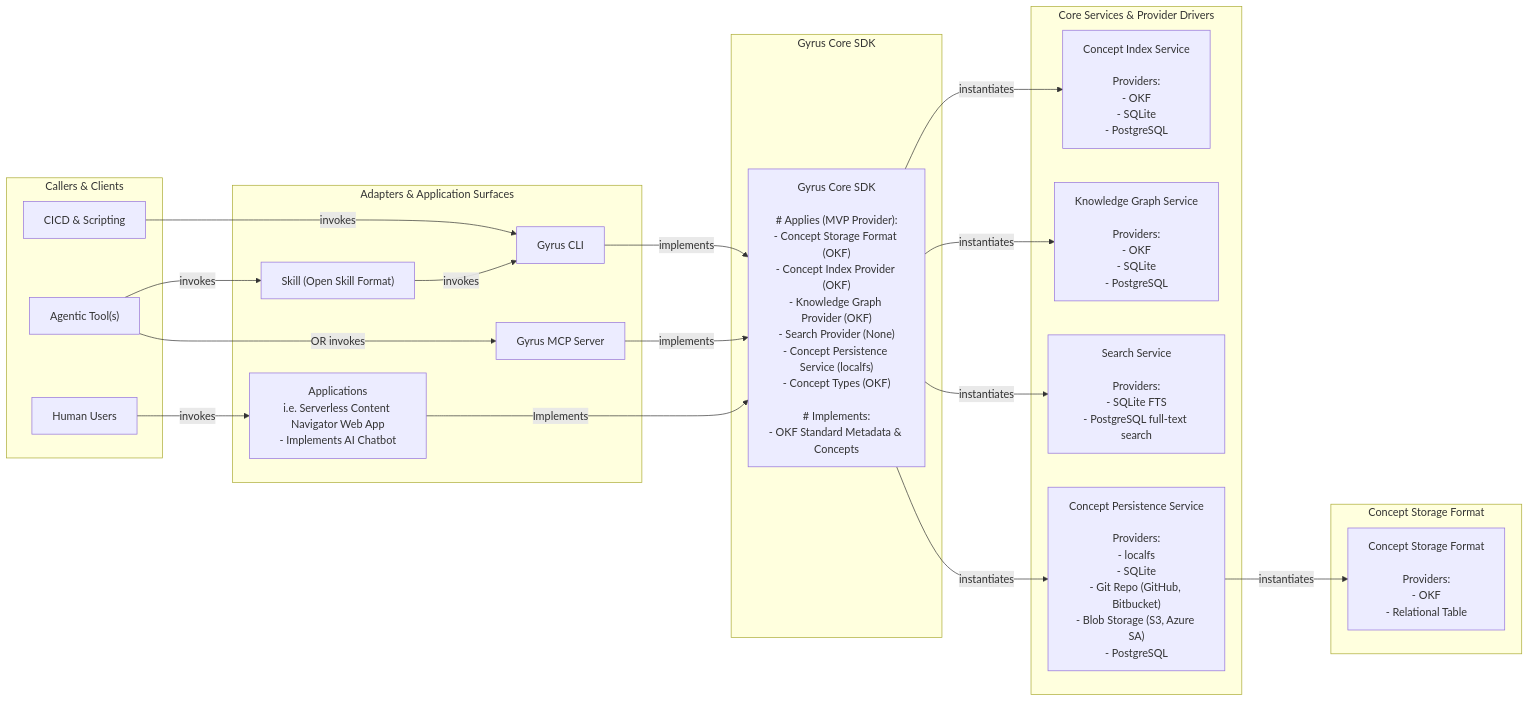
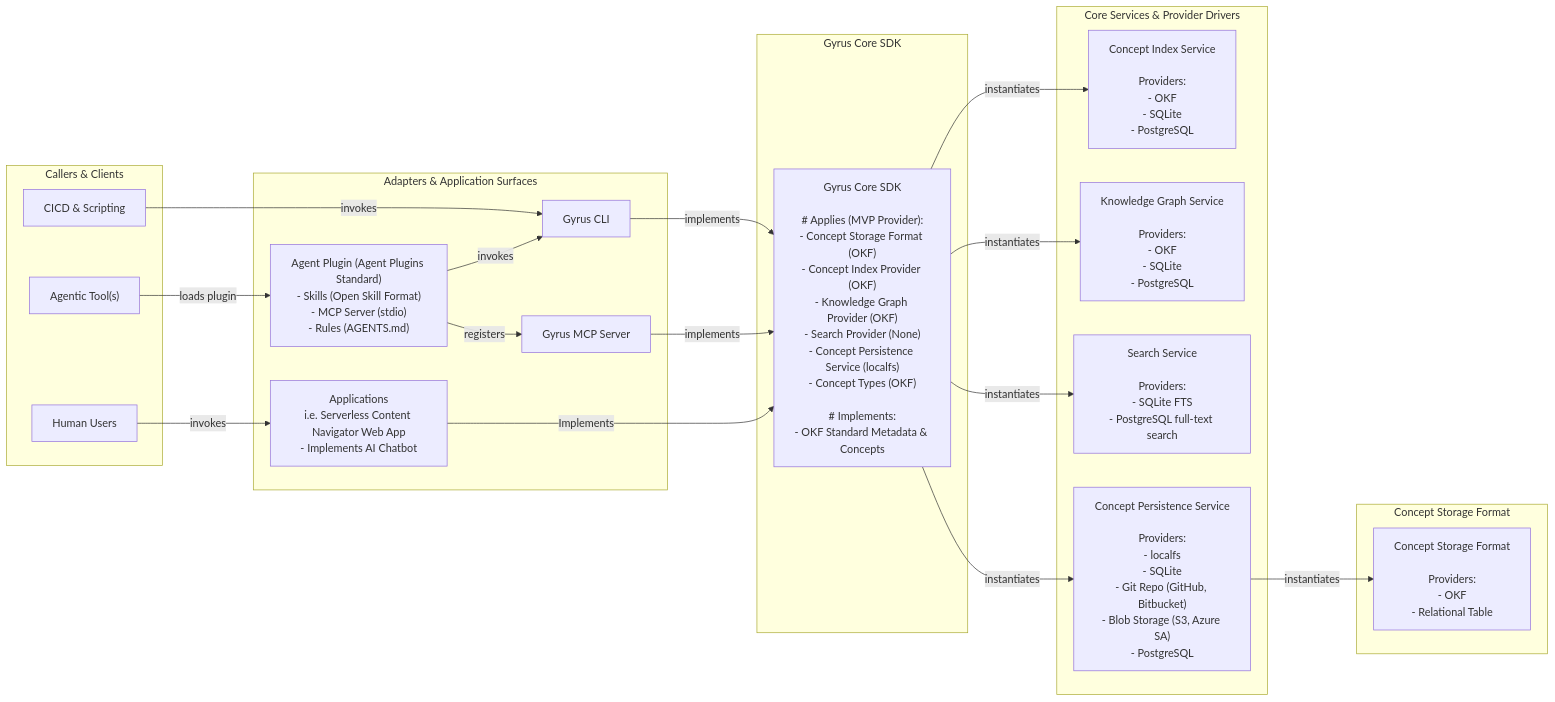
One commit to armckinney/gyrus changed the first of 3 diagrams in .gyrus/docs/armckinney/reference/guide-001-system-architecture.md. Above: the diagram before and after it, drawn with Mermaid. The commit also changed 73 other files, not shown here.

First line of the commit message:
Feat/phase 2 6 agent plugins init revamp (#7)

````diff
--- a/.gyrus/docs/armckinney/reference/guide-001-system-architecture.md
+++ b/.gyrus/docs/armckinney/reference/guide-001-system-architecture.md
@@ -24,49 +24,49 @@
 ```mermaid
 graph LR
     subgraph Clients ["Callers & Clients"]
         CICD["CICD & Scripting"]
         AgentTools["Agentic Tool(s)"]
         Humans["Human Users"]
     end
 
     subgraph Interface ["Adapters & Application Surfaces"]
-        Skill["Skill (Open Skill Format)"]
+        Plugin["Agent Plugin (Agent Plugins Standard)\n- Skills (Open Skill Format)\n- MCP Server (stdio)\n- Rules (AGENTS.md)"]
         CLI["Gyrus CLI"]
         MCP["Gyrus MCP Server"]
         Apps["Applications\ni.e. Serverless Content Navigator Web App\n- Implements AI Chatbot"]
     end
 
     subgraph Core ["Gyrus Core SDK"]
         CoreSDK["Gyrus Core SDK\n\n# Applies (MVP Provider):\n- Concept Storage Format (OKF)\n- Concept Index Provider (OKF)\n- Knowledge Graph Provider (OKF)\n- Search Provider (None)\n- Concept Persistence Service (localfs)\n- Concept Types (OKF)\n\n# Implements:\n- OKF Standard Metadata & Concepts"]
     end
 
     subgraph Services ["Core Services & Provider Drivers"]
         IndexSvc["Concept Index Service\n\nProviders:\n- OKF\n- SQLite\n- PostgreSQL"]
         GraphSvc["Knowledge Graph Service\n\nProviders:\n- OKF\n- SQLite\n- PostgreSQL"]
         SearchSvc["Search Service\n\nProviders:\n- SQLite FTS\n- PostgreSQL full-text search"]
         PersistSvc["Concept Persistence Service\n\nProviders:\n- localfs\n- SQLite\n- Git Repo (GitHub, Bitbucket)\n- Blob Storage (S3, Azure SA)\n- PostgreSQL"]
     end
 
     subgraph Storage ["Concept Storage Format"]
         StorageFmt["Concept Storage Format\n\nProviders:\n- OKF\n- Relational Table"]
     end
 
     %% Client and Adapter Relations
     CICD -->|invokes| CLI
-    AgentTools -->|invokes| Skill
-    Skill -->|invokes| CLI
+    AgentTools -->|loads plugin| Plugin
+    Plugin -->|invokes| CLI
+    Plugin -->|registers| MCP
     CLI -->|implements| CoreSDK
-    AgentTools -->|OR invokes| MCP
     MCP -->|implements| CoreSDK
     Humans -->|invokes| Apps
     Apps -->|Implements| CoreSDK
 
     %% Core SDK Services Relations
     CoreSDK -->|instantiates| IndexSvc
     CoreSDK -->|instantiates| GraphSvc
     CoreSDK -->|instantiates| SearchSvc
     CoreSDK -->|instantiates| PersistSvc
 
     %% Persistence to Storage Format
     PersistSvc -->|instantiates| StorageFmt
 ```
````
